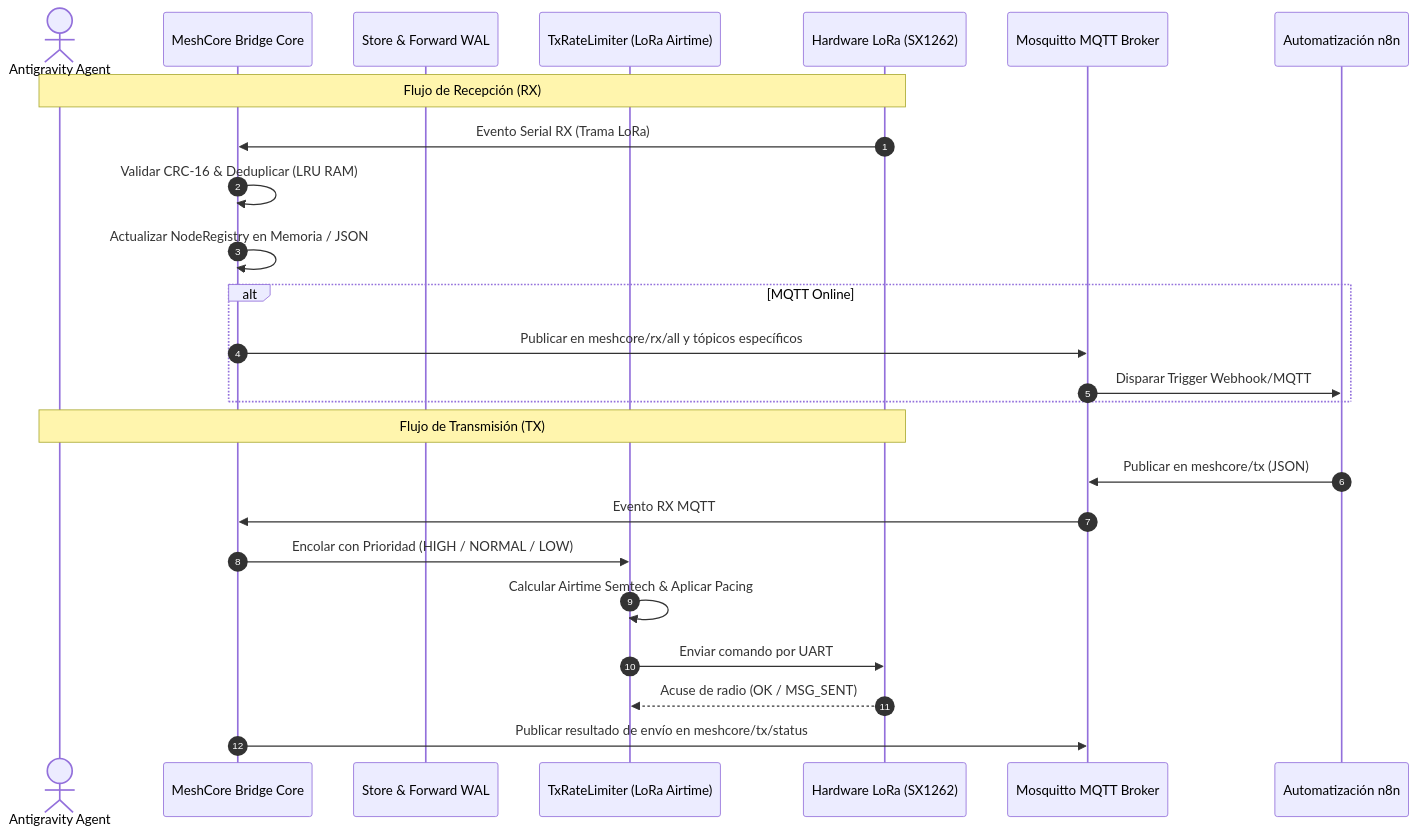
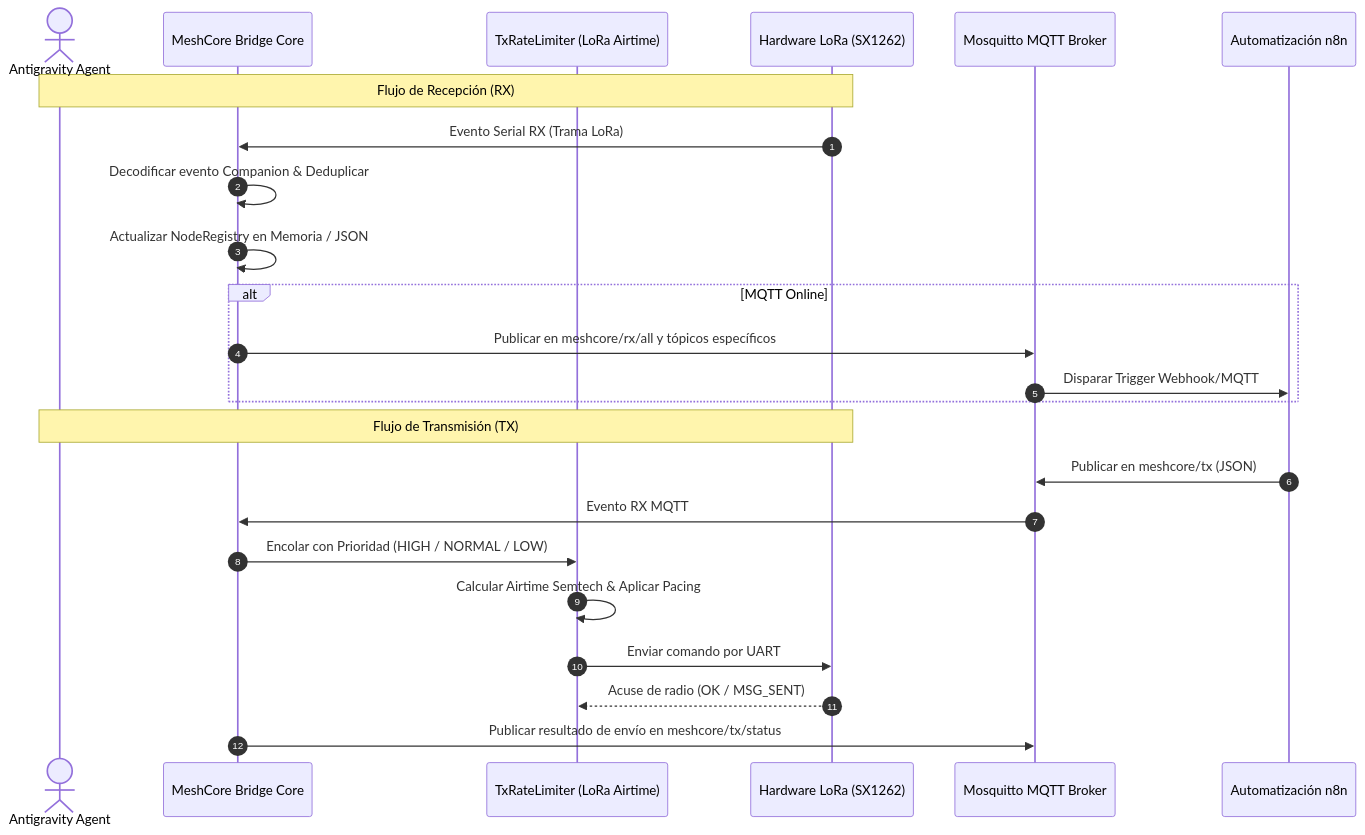
One commit to cyber89/meshcore-bridge-client changed the diagram in docs/reference_analysis/04_INTEGRATION_GUIDE_FOR_AGENTS.md. Above: the diagram before and after it, drawn with Mermaid. The commit also changed other lines of this file and 110 other files, not shown here.

````diff
--- a/docs/reference_analysis/04_INTEGRATION_GUIDE_FOR_AGENTS.md
+++ b/docs/reference_analysis/04_INTEGRATION_GUIDE_FOR_AGENTS.md
@@ -13,29 +13,28 @@
 ```mermaid
 sequenceDiagram
     autonumber
     actor DevOrAgent as Antigravity Agent
     participant Bridge as MeshCore Bridge Core
-    participant SQLite as Store & Forward WAL
     participant RateLimiter as TxRateLimiter (LoRa Airtime)
     participant HW as Hardware LoRa (SX1262)
     participant MQTT as Mosquitto MQTT Broker
     participant N8N as Automatización n8n
 
     Note over DevOrAgent,HW: Flujo de Recepción (RX)
     HW->>Bridge: Evento Serial RX (Trama LoRa)
-    Bridge->>Bridge: Validar CRC-16 & Deduplicar (LRU RAM)
+    Bridge->>Bridge: Decodificar evento Companion & Deduplicar
     Bridge->>Bridge: Actualizar NodeRegistry en Memoria / JSON
     alt MQTT Online
         Bridge->>MQTT: Publicar en meshcore/rx/all y tópicos específicos
         MQTT->>N8N: Disparar Trigger Webhook/MQTT
     end
 
     Note over DevOrAgent,HW: Flujo de Transmisión (TX)
     N8N->>MQTT: Publicar en meshcore/tx (JSON)
     MQTT->>Bridge: Evento RX MQTT
     Bridge->>RateLimiter: Encolar con Prioridad (HIGH / NORMAL / LOW)
     RateLimiter->>RateLimiter: Calcular Airtime Semtech & Aplicar Pacing
     RateLimiter->>HW: Enviar comando por UART
     HW-->>RateLimiter: Acuse de radio (OK / MSG_SENT)
     Bridge->>MQTT: Publicar resultado de envío en meshcore/tx/status
 ```
````
